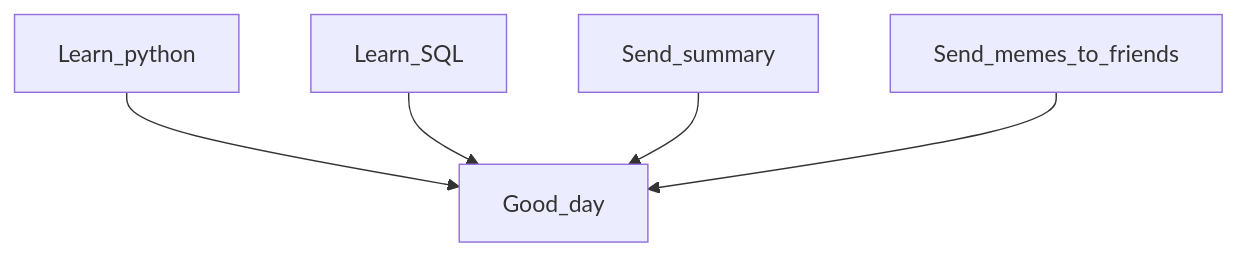
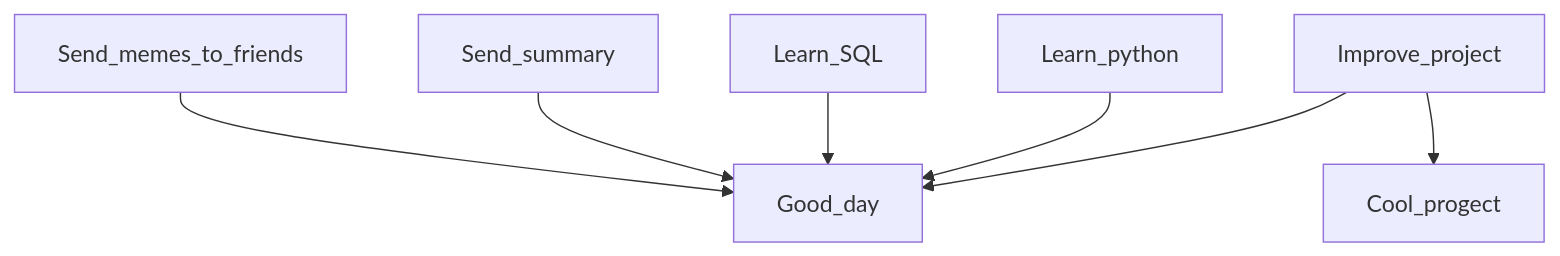
Before and after one commit to Dopelen/Dopelen: the diagram in README.md, drawn with Mermaid. The commit also changed other lines of this file, not shown here.

````diff
--- a/README.md
+++ b/README.md
@@ -14,7 +19,9 @@
 ```mermaid
 graph TD;
+    Improve_project-->Good_day;
+    Improve_project-->Cool_progect;
     Learn_python-->Good_day;
     Learn_SQL-->Good_day;
     Send_summary-->Good_day;
     Send_memes_to_friends --> Good_day;
 ```
````
